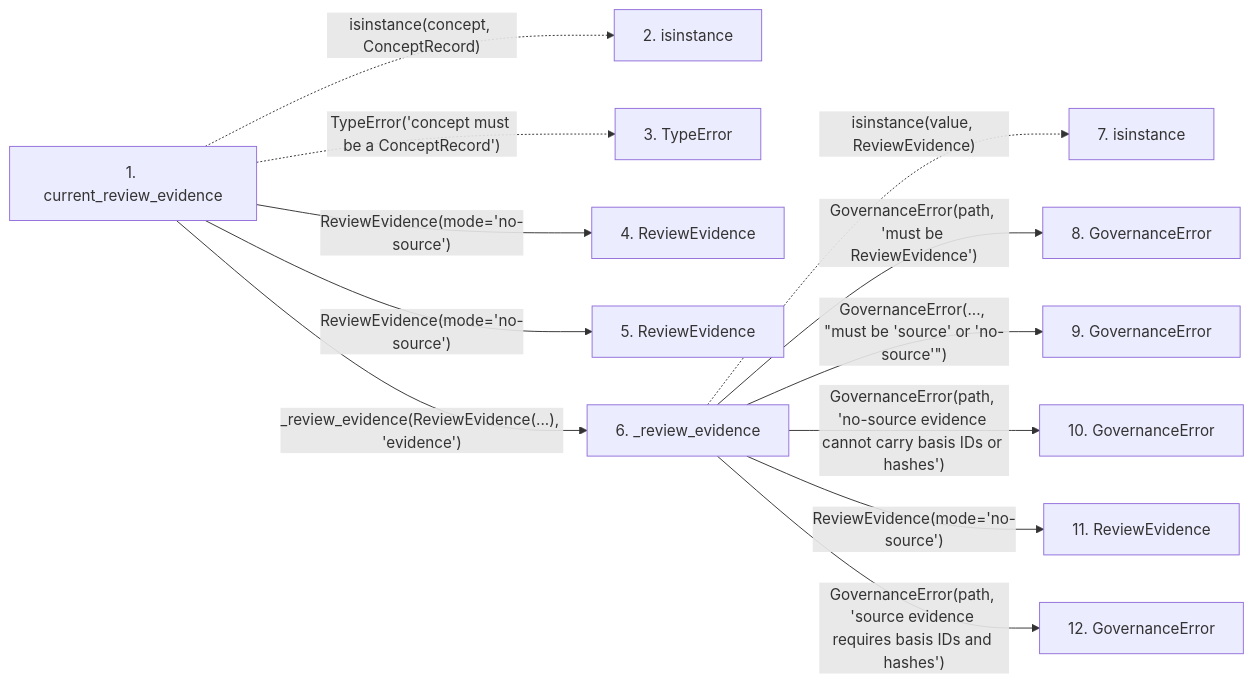
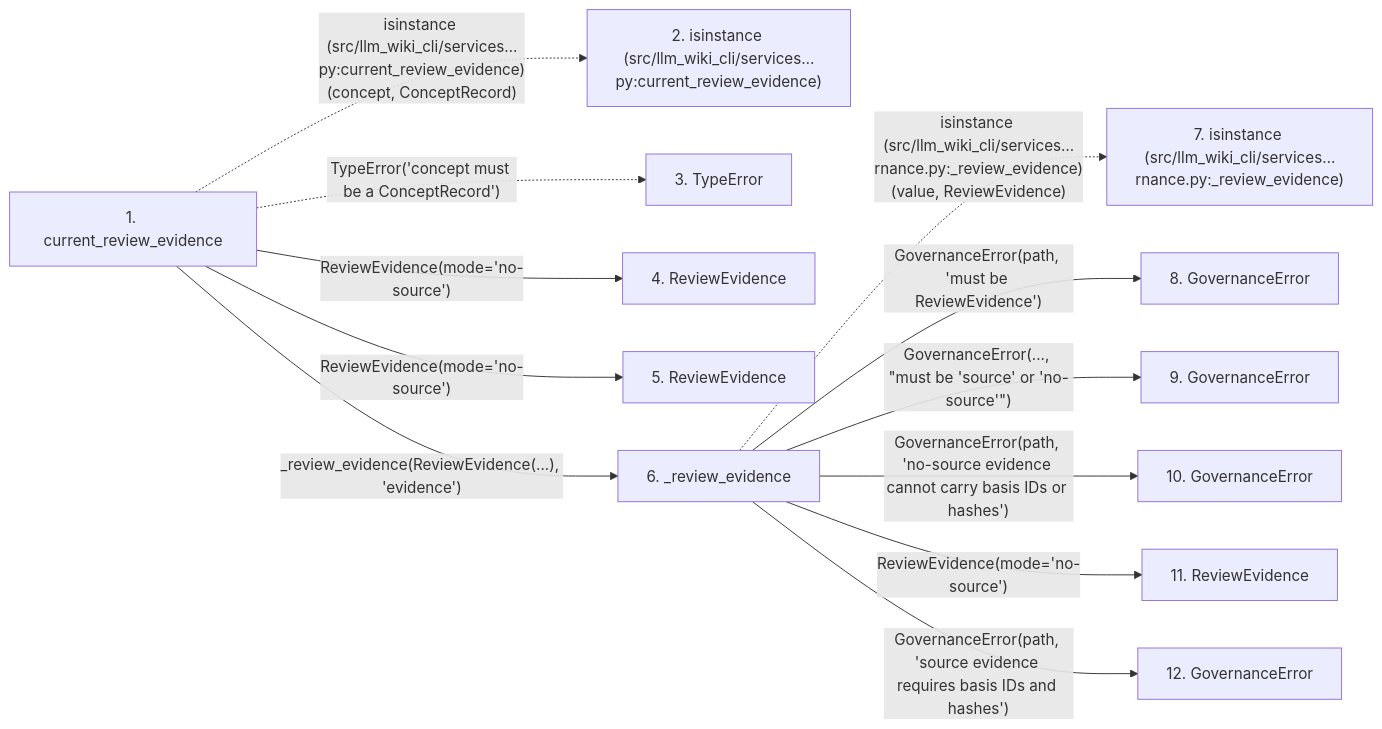
The second of 2 diagrams in docs/llm_wiki/flows/api-current_review_evidence.md (Denissvgn/python-wiki-llm), drawn with Mermaid before and after one commit. The commit also changed other lines of this file and 719 other files, not shown here.

````diff
--- a/docs/llm_wiki/flows/api-current_review_evidence.md
+++ b/docs/llm_wiki/flows/api-current_review_evidence.md
@@ -67,35 +71,35 @@
 ```mermaid
 flowchart LR
     s1["1. current_review_evidence"]
-    s2["2. isinstance"]
+    s2["2. isinstance (src/llm_wiki_cli/services…py:current_review_evidence)"]
     s3["3. TypeError"]
     s4["4. ReviewEvidence"]
     s5["5. ReviewEvidence"]
     s6["6. _review_evidence"]
-    s7["7. isinstance"]
+    s7["7. isinstance (src/llm_wiki_cli/services…rnance.py:_review_evidence)"]
     s8["8. GovernanceError"]
     s9["9. GovernanceError"]
     s10["10. GovernanceError"]
     s11["11. ReviewEvidence"]
     s12["12. GovernanceError"]
-    s1 -. "isinstance(concept, ConceptRecord)" .-> s2
+    s1 -. "isinstance (src/llm_wiki_cli/services…py:current_review_evidence)(concept, ConceptRecord)" .-> s2
     s1 -. "TypeError('concept must be a ConceptRecord')" .-> s3
     s1 -->|"ReviewEvidence(mode='no-source')"| s4
     s1 -->|"ReviewEvidence(mode='no-source')"| s5
     s1 -->|"_review_evidence(ReviewEvidence(...), 'evidence')"| s6
-    s6 -. "isinstance(value, ReviewEvidence)" .-> s7
+    s6 -. "isinstance (src/llm_wiki_cli/services…rnance.py:_review_evidence)(value, ReviewEvidence)" .-> s7
     s6 -->|"GovernanceError(path, 'must be ReviewEvidence')"| s8
     s6 -->|"GovernanceError(..., #34;must be 'source' or 'no-source'#34;)"| s9
     s6 -->|"GovernanceError(path, 'no-source evidence cannot carry basis IDs or hashes')"| s10
     s6 -->|"ReviewEvidence(mode='no-source')"| s11
     s6 -->|"GovernanceError(path, 'source evidence requires basis IDs and hashes')"| s12
     click s1 "../modules/knowledge_governance.md"
     click s4 "../modules/knowledge_governance.md"
     click s5 "../modules/knowledge_governance.md"
     click s6 "../modules/knowledge_governance.md"
     click s8 "../modules/knowledge_governance.md"
     click s9 "../modules/knowledge_governance.md"
     click s10 "../modules/knowledge_governance.md"
     click s11 "../modules/knowledge_governance.md"
     click s12 "../modules/knowledge_governance.md"
 ```
````
